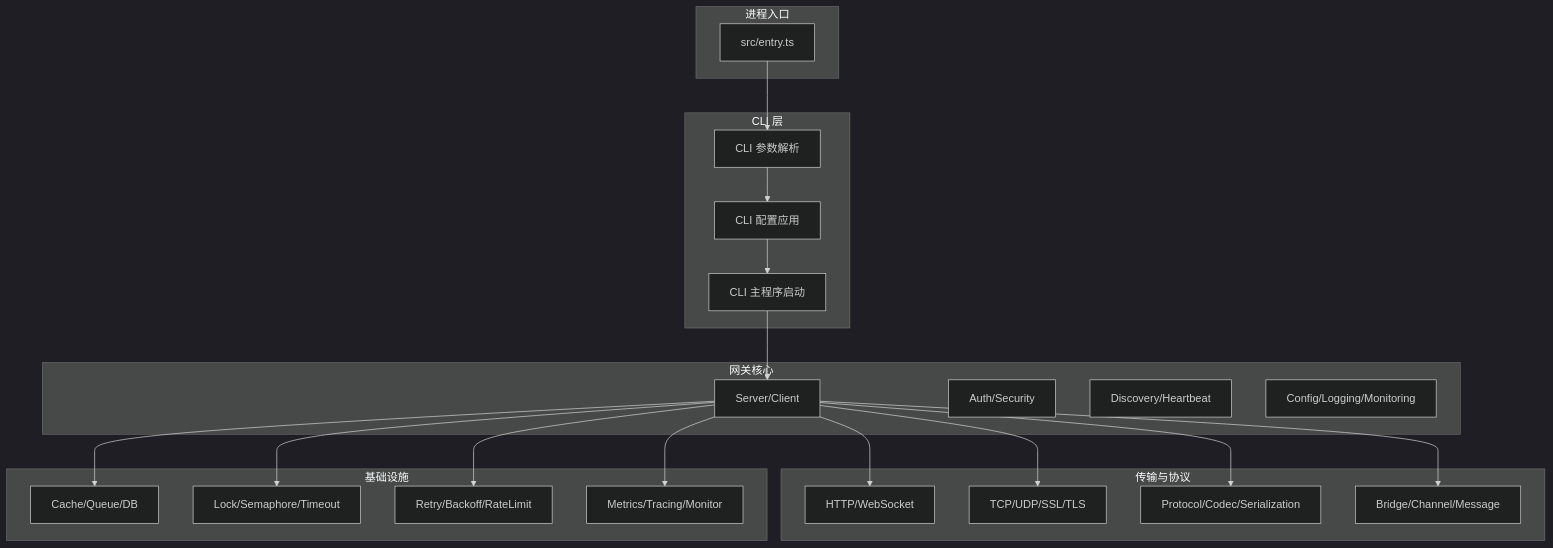
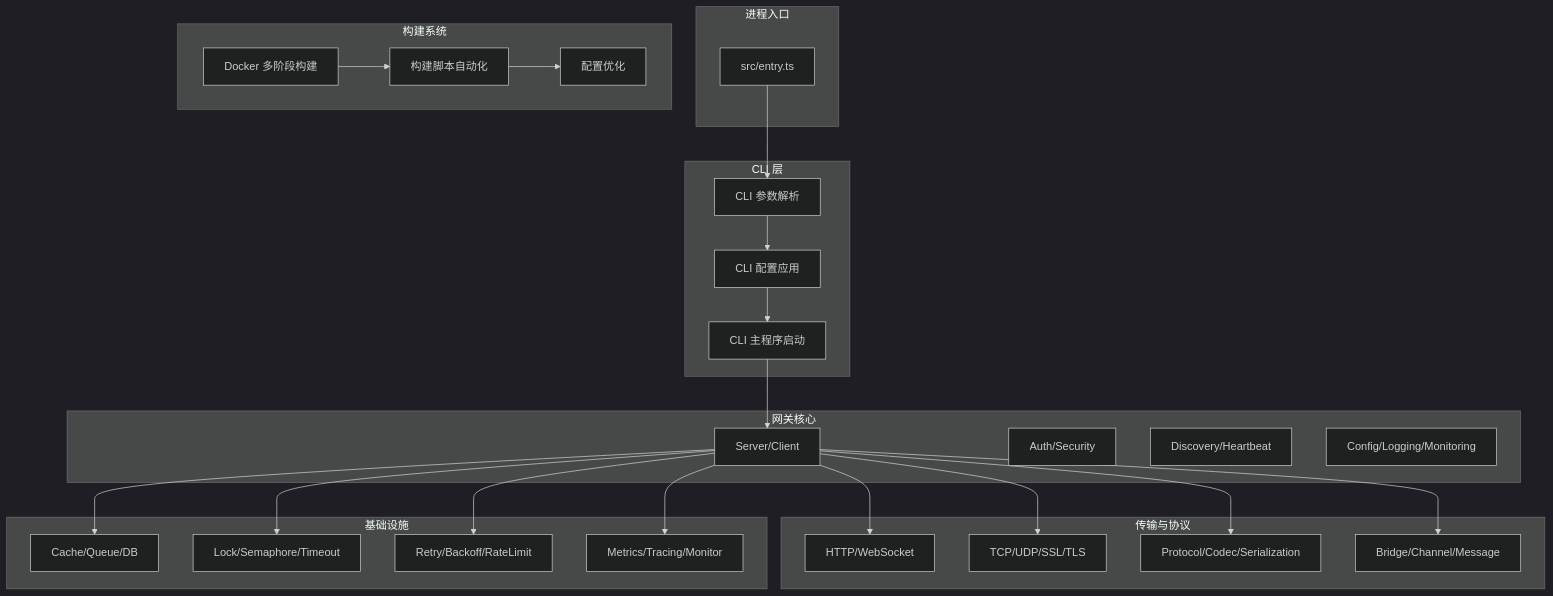
One commit to verse-ai-org/openclaw changed the third of 10 diagrams in .qoder/repowiki/zh/content/网关服务器/网关服务器增强.md. Above: the diagram before and after it, drawn with Mermaid (dark theme). The commit also changed other lines of this file and 14 other files, not shown here.

````diff
--- a/.qoder/repowiki/zh/content/网关服务器/网关服务器增强.md
+++ b/.qoder/repowiki/zh/content/网关服务器/网关服务器增强.md
@@ -572,38 +676,44 @@
 ```mermaid
 graph TB
 subgraph "进程入口"
 E1["src/entry.ts"]
 end
 subgraph "CLI 层"
 C1["CLI 参数解析"]
 C2["CLI 配置应用"]
 C3["CLI 主程序启动"]
 end
 subgraph "网关核心"
 G1["Server/Client"]
 G2["Auth/Security"]
 G3["Discovery/Heartbeat"]
 G4["Config/Logging/Monitoring"]
 end
 subgraph "传输与协议"
 T1["HTTP/WebSocket"]
 T2["TCP/UDP/SSL/TLS"]
 P1["Protocol/Codec/Serialization"]
 P2["Bridge/Channel/Message"]
 end
 subgraph "基础设施"
 I1["Cache/Queue/DB"]
 I2["Lock/Semaphore/Timeout"]
 I3["Retry/Backoff/RateLimit"]
 I4["Metrics/Tracing/Monitor"]
 end
+subgraph "构建系统"
+BS1["Docker 多阶段构建"]
+BS2["构建脚本自动化"]
+BS3["配置优化"]
+end
 E1 --> C1 --> C2 --> C3 --> G1
 G1 --> T1
 G1 --> T2
 G1 --> P1
 G1 --> P2
 G1 --> I1
 G1 --> I2
 G1 --> I3
 G1 --> I4
+BS1 --> BS2 --> BS3
 ```
````
